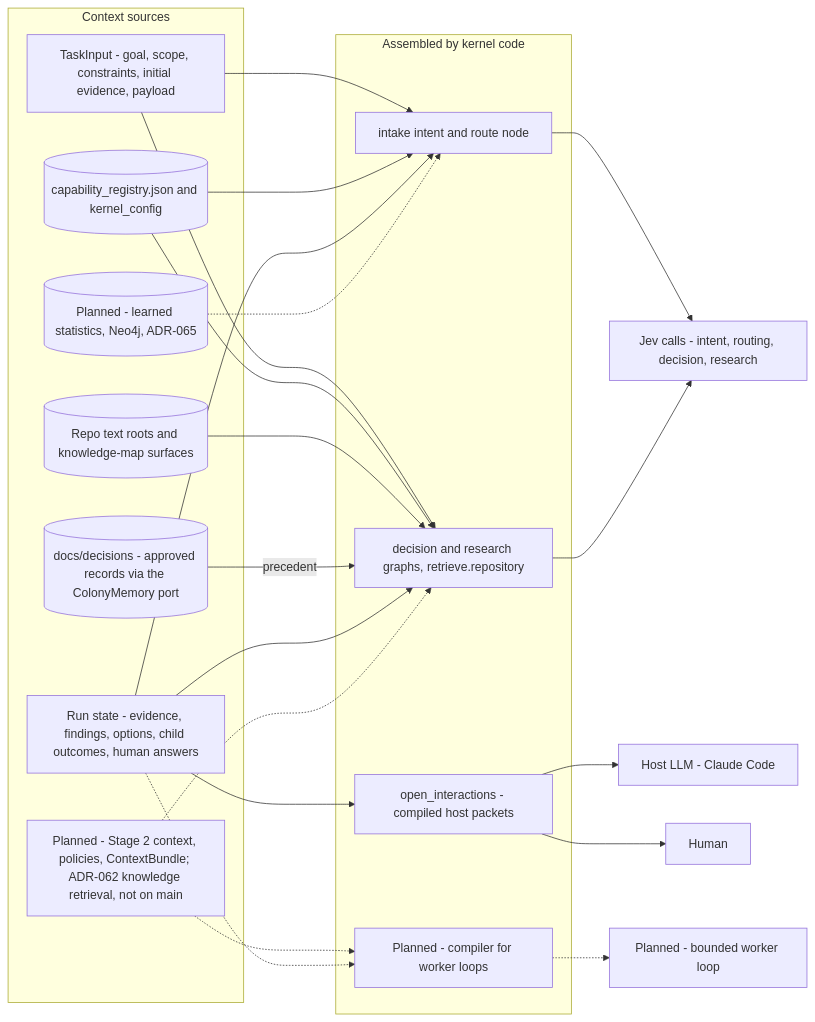
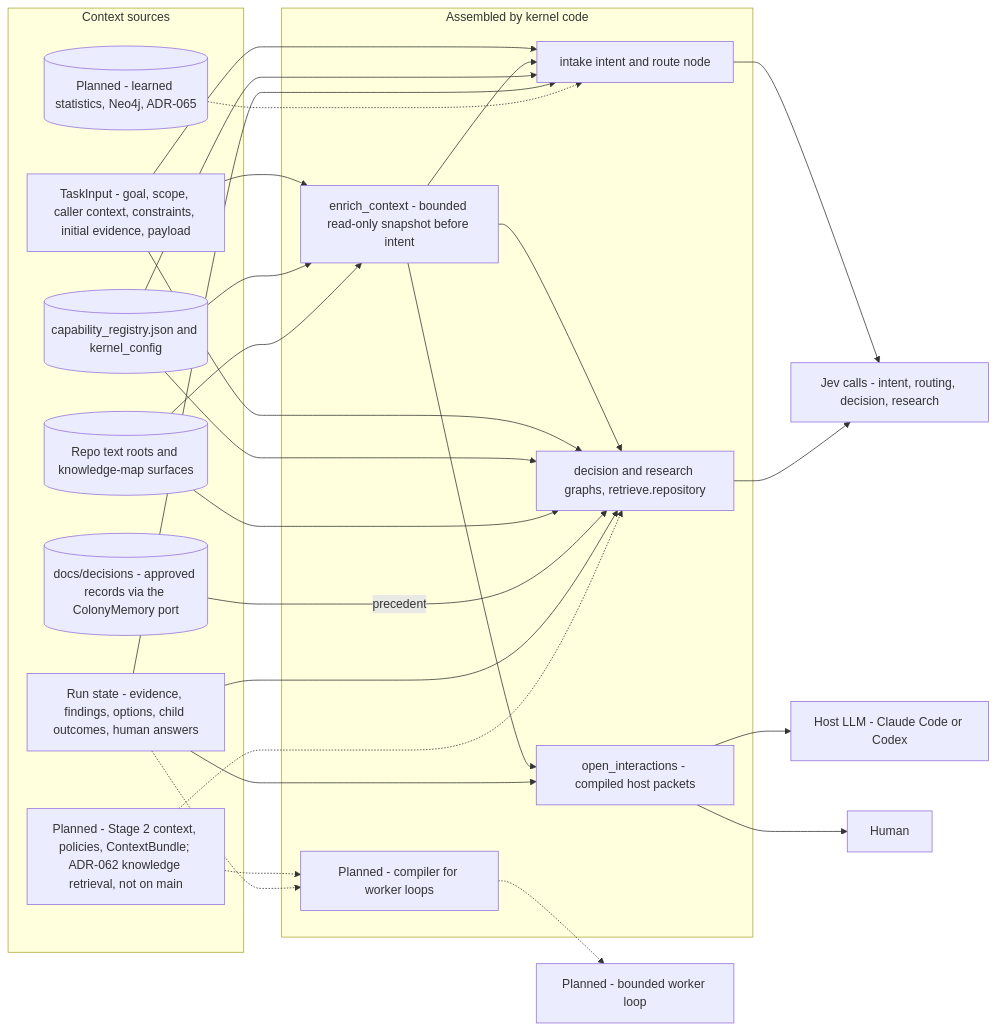
The diagram in docs/architecture/diagrams/c3-016-decision-kernel-context-map.md (urlmonitor/leafcutter-ai), drawn with Mermaid before and after one commit. The commit also changed other lines of this file and 82 other files, not shown here.

Commit message:
feat(kernel): enrich context before intent classification

````diff
--- a/docs/architecture/diagrams/c3-016-decision-kernel-context-map.md
+++ b/docs/architecture/diagrams/c3-016-decision-kernel-context-map.md
@@ -49,40 +50,47 @@
 ```mermaid
 flowchart LR
   subgraph SRC["Context sources"]
-    TI["TaskInput - goal, scope, constraints, initial evidence, payload"]
+    TI["TaskInput - goal, scope, caller context, constraints, initial evidence, payload"]
     CFG[("capability_registry.json and kernel_config")]
     REPO[("Repo text roots and knowledge-map surfaces")]
     MEM[("docs/decisions - approved records via the ColonyMemory port")]
     RUN["Run state - evidence, findings, options, child outcomes, human answers"]
     COL[("Planned - learned statistics, Neo4j, ADR-065")]
     LATER["Planned - Stage 2 context, policies, ContextBundle; ADR-062 knowledge retrieval, not on main"]
   end
   subgraph ASM["Assembled by kernel code"]
+    ENRICH["enrich_context - bounded read-only snapshot before intent"]
     ROUTE["intake intent and route node"]
     GRAPHS["decision and research graphs, retrieve.repository"]
     PKT["open_interactions - compiled host packets"]
     COMP["Planned - compiler for worker loops"]
   end
   JEV["Jev calls - intent, routing, decision, research"]
-  HOST["Host LLM - Claude Code"]
+  HOST["Host LLM - Claude Code or Codex"]
   HUM["Human"]
   WRK["Planned - bounded worker loop"]
   TI --> ROUTE
+  TI --> ENRICH
+  CFG --> ENRICH
+  REPO --> ENRICH
+  ENRICH --> ROUTE
+  ENRICH --> GRAPHS
+  ENRICH --> PKT
   CFG --> ROUTE
   RUN --> ROUTE
   COL -.-> ROUTE
   TI --> GRAPHS
   CFG --> GRAPHS
   REPO --> GRAPHS
   MEM -->|"precedent"| GRAPHS
   RUN --> GRAPHS
   LATER -.-> GRAPHS
   RUN --> PKT
   LATER -.-> COMP
   RUN -.-> COMP
   ROUTE --> JEV
   GRAPHS --> JEV
   PKT --> HOST
   PKT --> HUM
   COMP -.-> WRK
 ```
````
